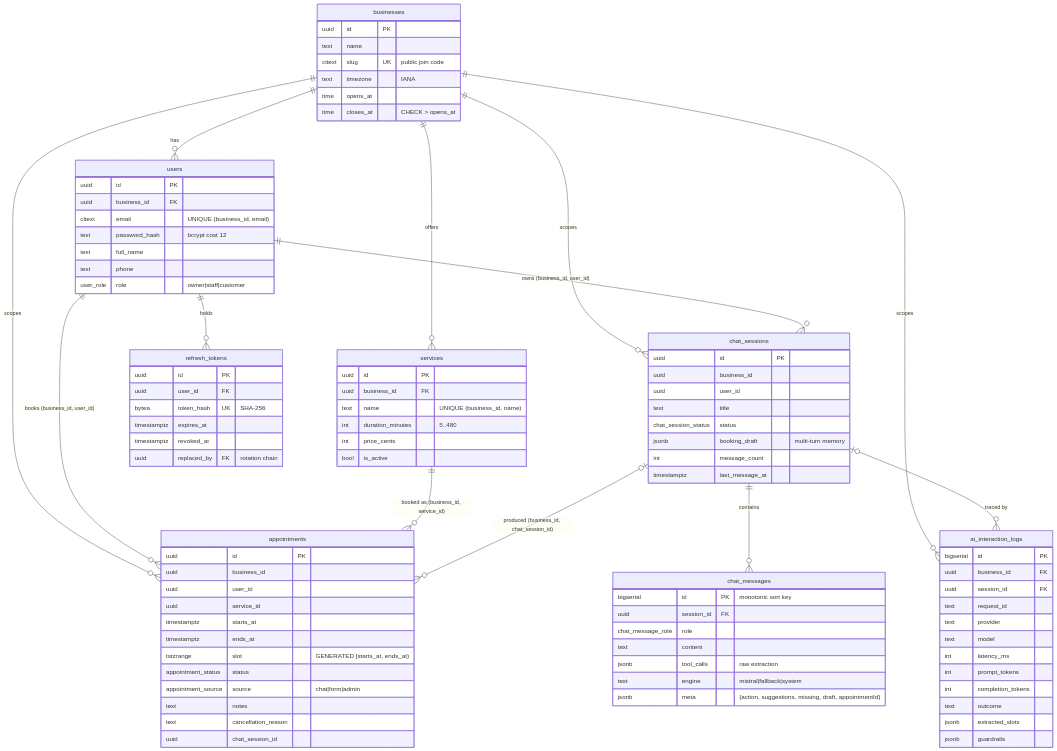
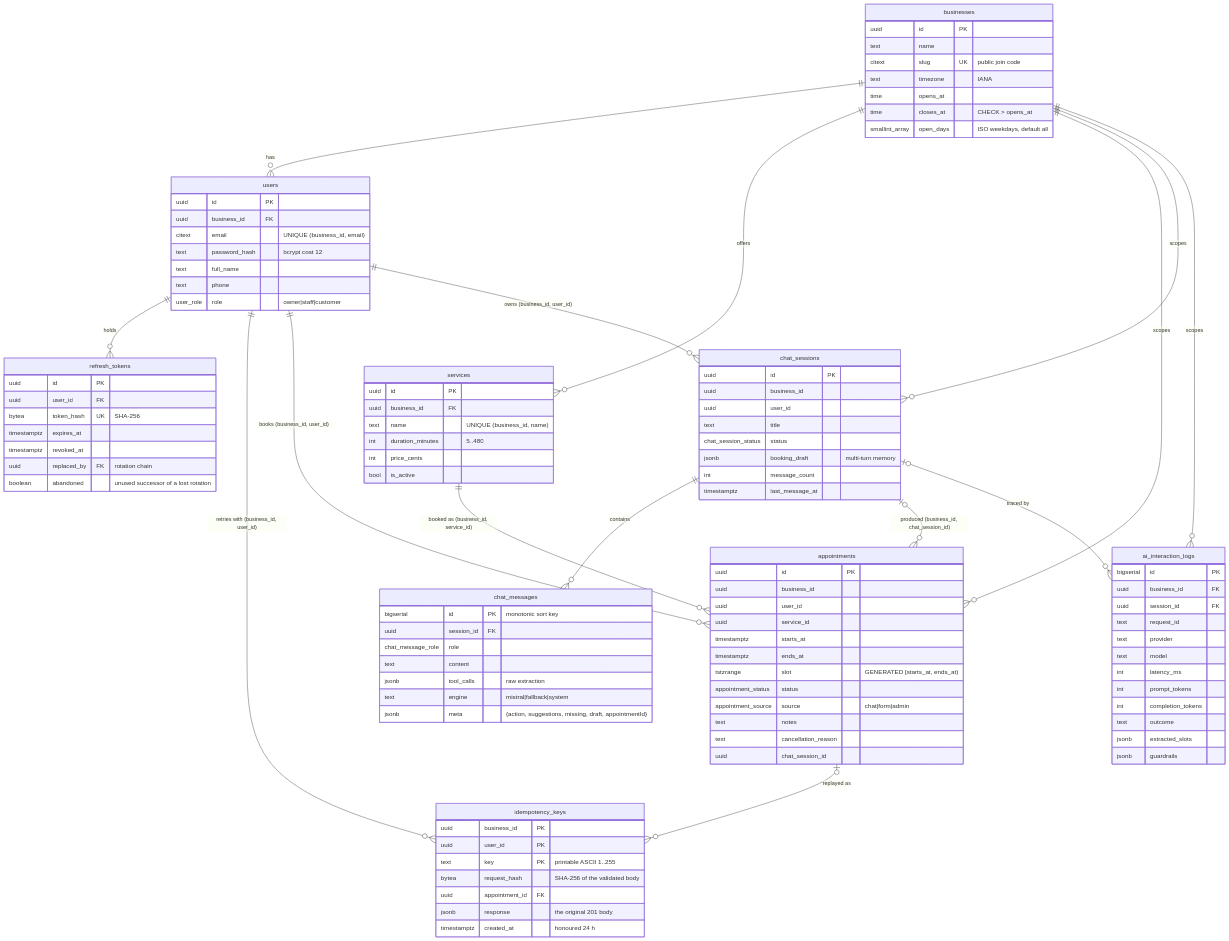
The diagram in docs/database.md (alisafdar35/ai-appointment-booking), drawn with Mermaid before and after one commit. The commit also changed other lines of this file and 88 other files, not shown here.

```diff
--- a/docs/database.md
+++ b/docs/database.md
@@ -12,6 +12,8 @@
   businesses ||--o{ chat_sessions : "scopes"
   businesses ||--o{ ai_interaction_logs : "scopes"
   users ||--o{ refresh_tokens : "holds"
+  users ||--o{ idempotency_keys : "retries with (business_id, user_id)"
+  appointments |o--o{ idempotency_keys : "replayed as"
   users ||--o{ appointments : "books (business_id, user_id)"
   services ||--o{ appointments : "booked as (business_id, service_id)"
   users ||--o{ chat_sessions : "owns (business_id, user_id)"
@@ -26,6 +28,7 @@
     text timezone "IANA"
     time opens_at
     time closes_at "CHECK > opens_at"
+    smallint_array open_days "ISO weekdays, default all"
   }
   users {
     uuid id PK
@@ -43,6 +46,7 @@
     timestamptz expires_at
     timestamptz revoked_at
     uuid replaced_by FK "rotation chain"
+    boolean abandoned "unused successor of a lost rotation"
   }
   services {
     uuid id PK
@@ -85,6 +89,15 @@
     text engine "mistral|fallback|system"
     jsonb meta "{action, suggestions, missing, draft, appointmentId}"
   }
+  idempotency_keys {
+    uuid business_id PK
+    uuid user_id PK
+    text key PK "printable ASCII 1..255"
+    bytea request_hash "SHA-256 of the validated body"
+    uuid appointment_id FK
+    jsonb response "the original 201 body"
+    timestamptz created_at "honoured 24 h"
+  }
   ai_interaction_logs {
     bigserial id PK
     uuid business_id FK
```
